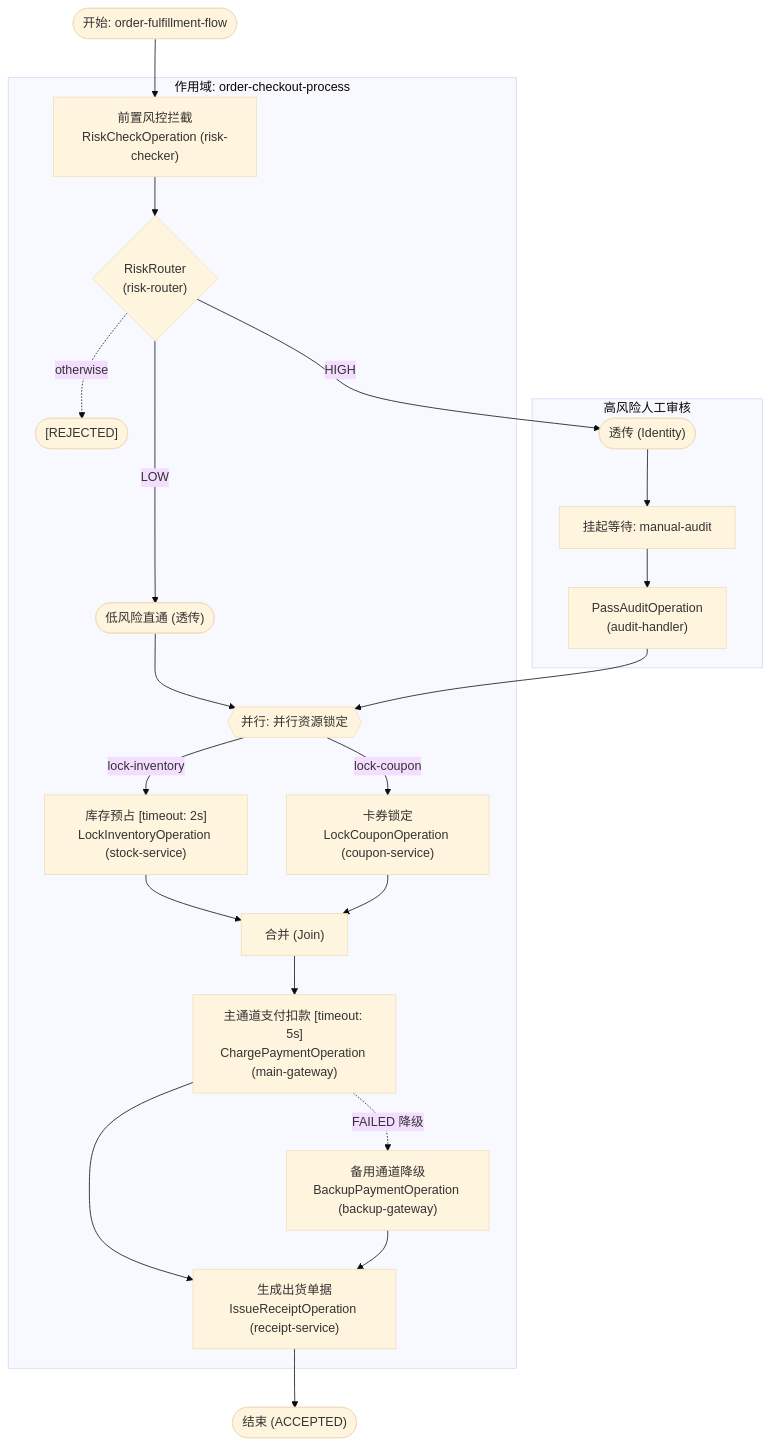
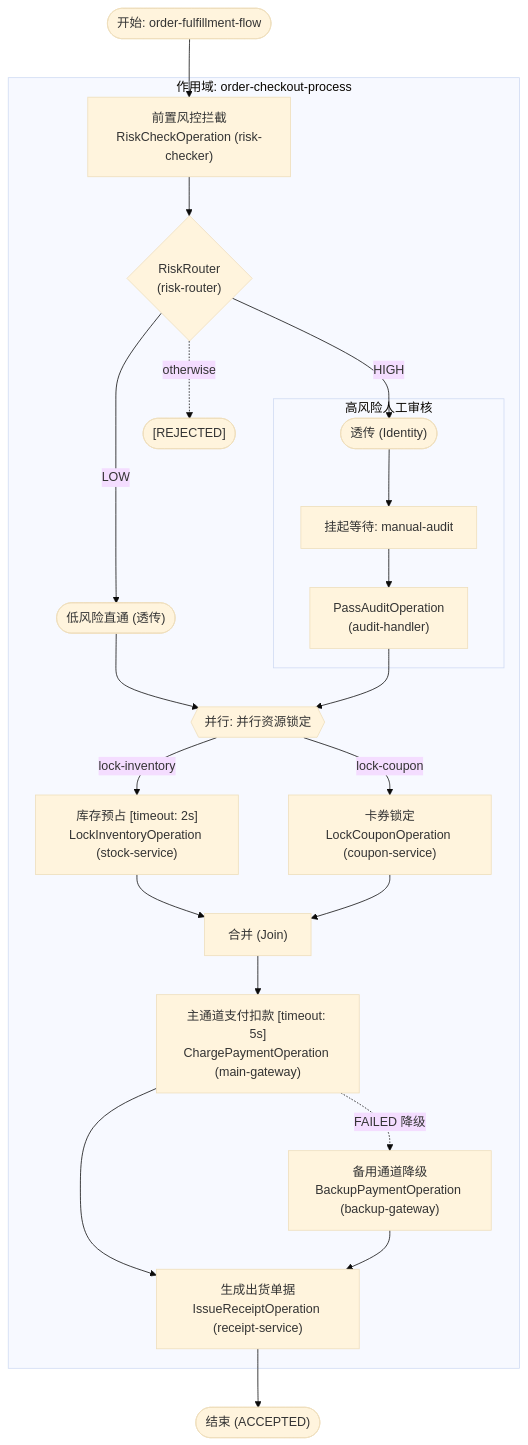
The second of 2 diagrams in docs/flow/flow-diagram.md (team4u/team4u-framework), drawn with Mermaid (base theme) before and after one commit. The commit also changed other lines of this file and 121 other files, not shown here.

First line of the commit message:
refactor(flow): 流程框架深度审查修复与破坏性重构

````diff
--- a/docs/flow/flow-diagram.md
+++ b/docs/flow/flow-diagram.md
@@ -161,60 +167,43 @@
 ```mermaid
 flowchart TD
     flow_start(["开始: order-fulfillment-flow"])
-    n1["前置风控拦截<br/>RiskCheckOperation (risk-checker)"]
-    n2(["低风险直通 (透传)"])
-    n3(["透传 (Identity)"])
-    n4["挂起等待: manual-audit"]
-    n5["PassAuditOperation<br/>(audit-handler)"]
-    n7(["[REJECTED]"])
-    n8{"RiskRouter<br/>(risk-router)"}
-    n9["库存预占 [timeout: 2s]<br/>LockInventoryOperation (stock-service)"]
-    n10["卡券锁定<br/>LockCouponOperation (coupon-service)"]
-    n11{{"并行: 并行资源锁定"}}
-    n12["合并 (Join)"]
-    n13["主通道支付扣款 [timeout: 5s]<br/>ChargePaymentOperation (main-gateway)"]
-    n14["备用通道降级<br/>BackupPaymentOperation (backup-gateway)"]
-    n15["生成出货单据<br/>IssueReceiptOperation (receipt-service)"]
     flow_end(["结束 (ACCEPTED)"])
 
-    subgraph sg_n6 ["高风险人工审核"]
-        n3
-        n4
-        n5
-    end
     subgraph sg_n16 ["作用域: order-checkout-process"]
-        n1
-        n8
-        n2
-        n3
-        n4
-        n5
-        n7
-        n11
-        n9
-        n10
-        n12
-        n13
-        n14
-        n15
+        n1["前置风控拦截<br/>RiskCheckOperation (risk-checker)"]
+        n8{"RiskRouter<br/>(risk-router)"}
+        n2(["低风险直通 (透传)"])
+        n7(["[REJECTED]"])
+        n11{{"并行: 并行资源锁定"}}
+        n9["库存预占 [timeout: 2s]<br/>LockInventoryOperation (stock-service)"]
+        n10["卡券锁定<br/>LockCouponOperation (coupon-service)"]
+        n12["合并 (Join)"]
+        n13["主通道支付扣款 [timeout: 5s]<br/>ChargePaymentOperation (main-gateway)"]
+        n14["备用通道降级<br/>BackupPaymentOperation (backup-gateway)"]
+        n15["生成出货单据<br/>IssueReceiptOperation (receipt-service)"]
+        subgraph sg_n6 ["高风险人工审核"]
+            n3(["透传 (Identity)"])
+            n4["挂起等待: manual-audit"]
+            n5["PassAuditOperation<br/>(audit-handler)"]
+        end
     end
 
     n3 --> n4
     n4 --> n5
     n8 -->|LOW| n2
     n8 -->|HIGH| n3
     n8 -.->|otherwise| n7
     n11 -->|lock-inventory| n9
     n11 -->|lock-coupon| n10
     n9 --> n12
     n10 --> n12
     n13 -.->|FAILED 降级| n14
     n1 --> n8
     n2 --> n11
     n5 --> n11
     n12 --> n13
     n13 --> n15
     n14 --> n15
     flow_start --> n1
     n15 --> flow_end
 ```
````
